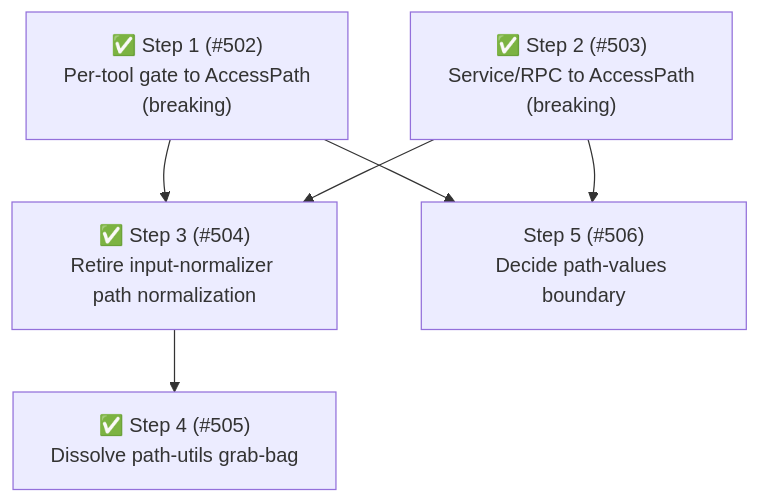
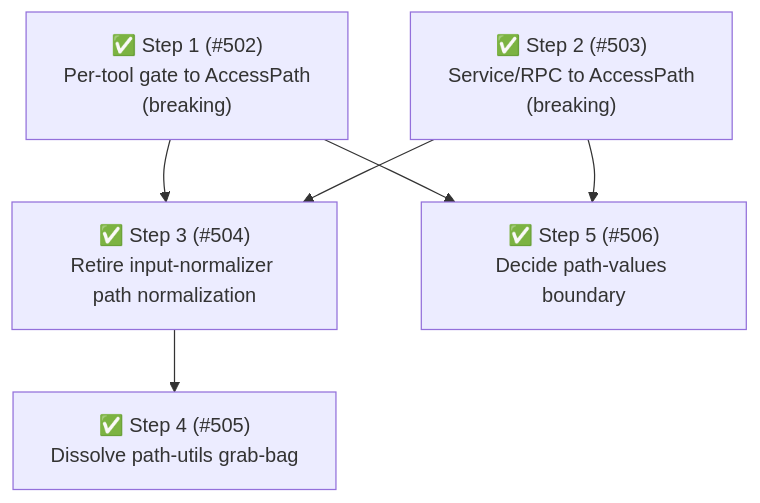
The fourth of 4 diagrams in packages/pi-permission-system/docs/architecture/architecture.md (whaoa/forked-gotgenes-pi-packages), drawn with Mermaid before and after one commit. The commit also changed other lines of this file and 1 other file, not shown here.

Commit message:
docs(pi-permission-system): mark Phase 7 Step 5 complete (#506)

````diff
--- a/packages/pi-permission-system/docs/architecture/architecture.md
+++ b/packages/pi-permission-system/docs/architecture/architecture.md
@@ -838,14 +838,14 @@
 ```mermaid
 flowchart TD
     S1["✅ Step 1 (#502)<br/>Per-tool gate to AccessPath<br/>(breaking)"]
     S2["✅ Step 2 (#503)<br/>Service/RPC to AccessPath<br/>(breaking)"]
     S3["✅ Step 3 (#504)<br/>Retire input-normalizer path normalization"]
     S4["✅ Step 4 (#505)<br/>Dissolve path-utils grab-bag"]
-    S5["Step 5 (#506)<br/>Decide path-values boundary"]
+    S5["✅ Step 5 (#506)<br/>Decide path-values boundary"]
 
     S1 --> S3
     S2 --> S3
     S3 --> S4
     S1 --> S5
     S2 --> S5
 ```
````
